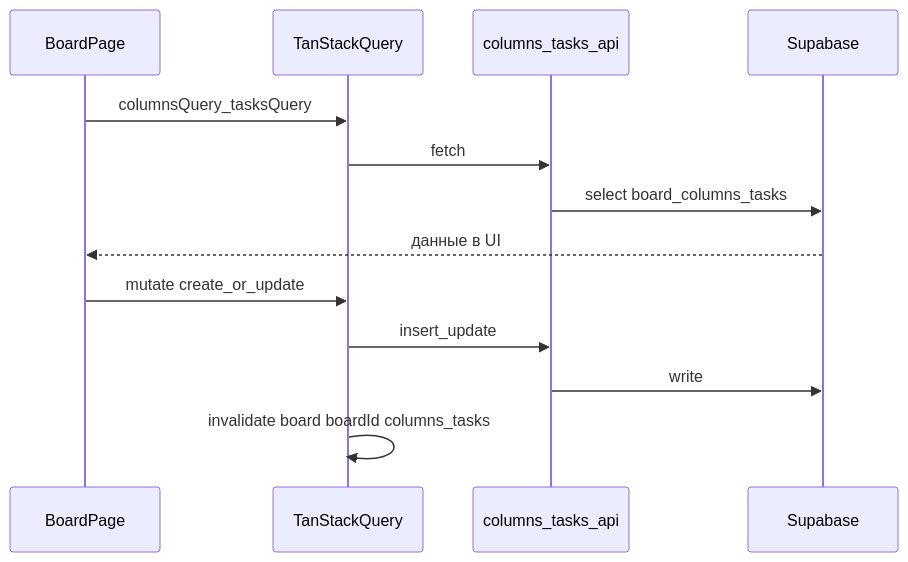
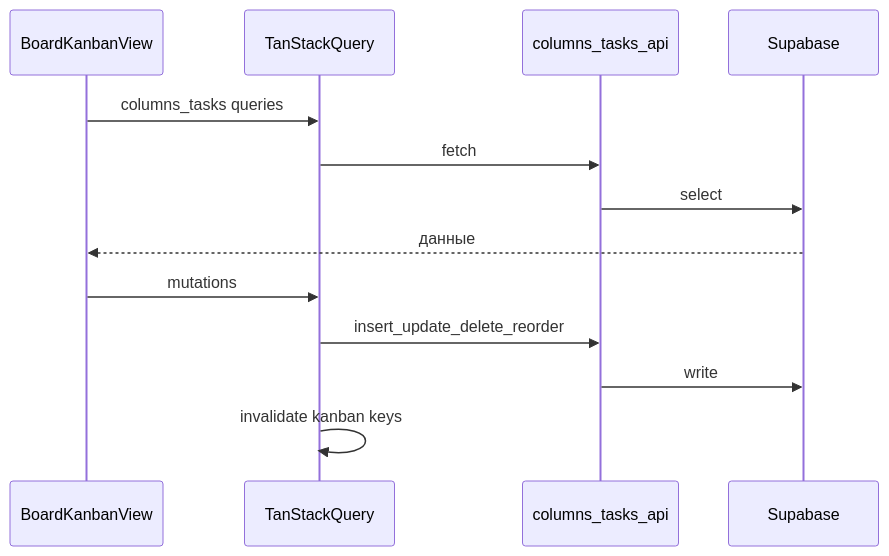
One commit to denis2512btc/fronttaskbar changed the second of 2 diagrams in docs/board_develop.md. Above: the diagram before and after it, drawn with Mermaid. The commit also changed other lines of this file and 6 other files, not shown here.

First line of the commit message:
feat(kanban): delete columns and tasks, refresh board_develop.md

````diff
--- a/docs/board_develop.md
+++ b/docs/board_develop.md
@@ -125,15 +74,15 @@
 ```mermaid
 sequenceDiagram
-  participant BoardPage
+  participant View as BoardKanbanView
   participant Q as TanStackQuery
   participant API as columns_tasks_api
   participant SB as Supabase
-  BoardPage->>Q: columnsQuery_tasksQuery
+  View->>Q: columns_tasks queries
   Q->>API: fetch
-  API->>SB: select board_columns_tasks
-  SB-->>BoardPage: данные в UI
-  BoardPage->>Q: mutate create_or_update
-  Q->>API: insert_update
+  API->>SB: select
+  SB-->>View: данные
+  View->>Q: mutations
+  Q->>API: insert_update_delete_reorder
   API->>SB: write
-  Q->>Q: invalidate board boardId columns_tasks
+  Q->>Q: invalidate kanban keys
 ```
````
